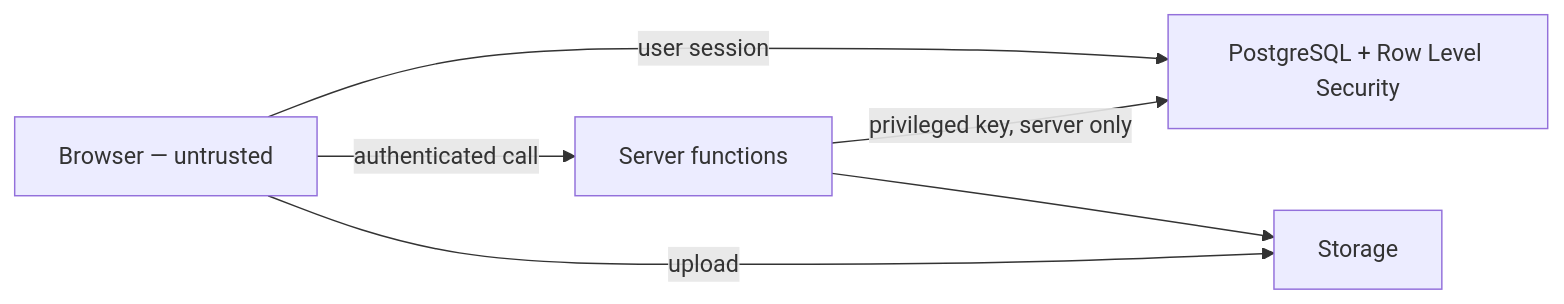
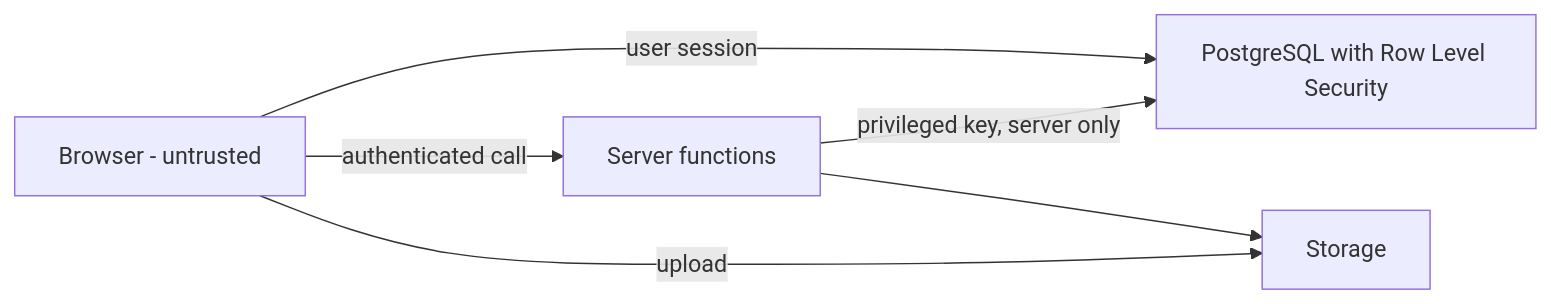
Before and after one commit to hamzabhulla/VibeTalk: the second of 5 diagrams in README.md, drawn with Mermaid. The commit also changed other lines of this file, not shown here.

````diff
--- a/README.md
+++ b/README.md
@@ -117,8 +117,8 @@
 ```mermaid
 flowchart LR
-    B["Browser — untrusted"] -->|"user session"| P["PostgreSQL + Row Level Security"]
+    B["Browser - untrusted"] -->|"user session"| P["PostgreSQL with Row Level Security"]
     B -->|"authenticated call"| F["Server functions"]
     F -->|"privileged key, server only"| P
     F --> S["Storage"]
     B -->|"upload"| S
 ```
````
